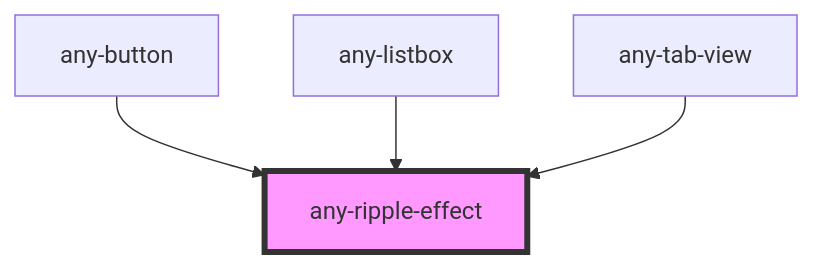
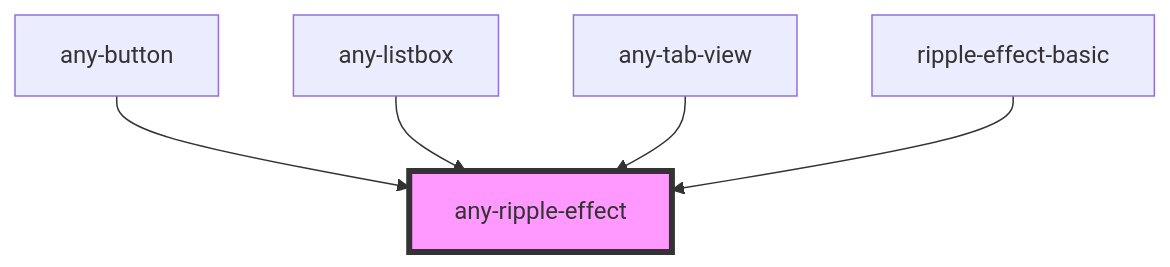
The diagram in packages/core/src/components/ripple-effect/readme.md (adaleks/anywhere-ui), drawn with Mermaid before and after one commit. The commit also changed other lines of this file and 145 other files, not shown here.

````diff
--- a/packages/core/src/components/ripple-effect/readme.md
+++ b/packages/core/src/components/ripple-effect/readme.md
@@ -32,7 +33,8 @@
 ```mermaid
 graph TD;
   any-button --> any-ripple-effect
   any-listbox --> any-ripple-effect
   any-tab-view --> any-ripple-effect
+  ripple-effect-basic --> any-ripple-effect
   style any-ripple-effect fill:#f9f,stroke:#333,stroke-width:4px
 ```
````
